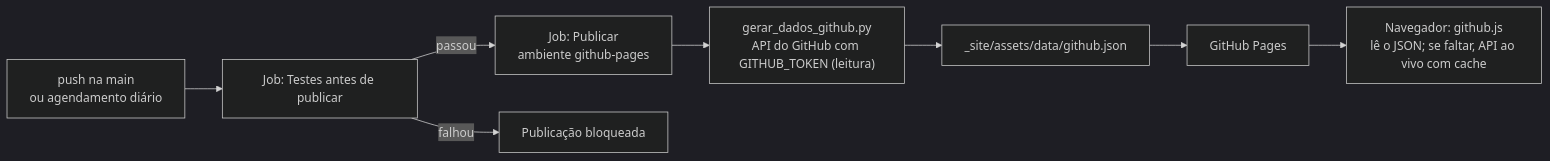
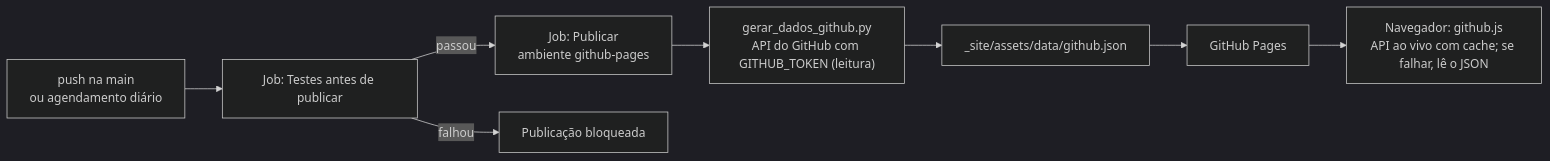
Before and after one commit to MarcellinhoHM/PortfolioHUB: the diagram in documentacao/implantacao/ambiente-github.md, drawn with Mermaid (dark theme). The commit also changed other lines of this file and 7 other files, not shown here.

First line of the commit message:
fix(site): versão em produção e dados do GitHub ao vivo pela API

````diff
--- a/documentacao/implantacao/ambiente-github.md
+++ b/documentacao/implantacao/ambiente-github.md
@@ -18,10 +18,10 @@
 ```mermaid
 flowchart LR
     A["push na main<br/>ou agendamento diário"] --> B["Job: Testes antes de publicar"]
     B -->|passou| C["Job: Publicar<br/>ambiente github-pages"]
     C --> D["gerar_dados_github.py<br/>API do GitHub com GITHUB_TOKEN (leitura)"]
     D --> E["_site/assets/data/github.json"]
     E --> F["GitHub Pages"]
-    F --> G["Navegador: github.js<br/>lê o JSON; se faltar, API ao vivo com cache"]
+    F --> G["Navegador: github.js<br/>API ao vivo com cache; se falhar, lê o JSON"]
     B -->|falhou| X["Publicação bloqueada"]
 ```
````
